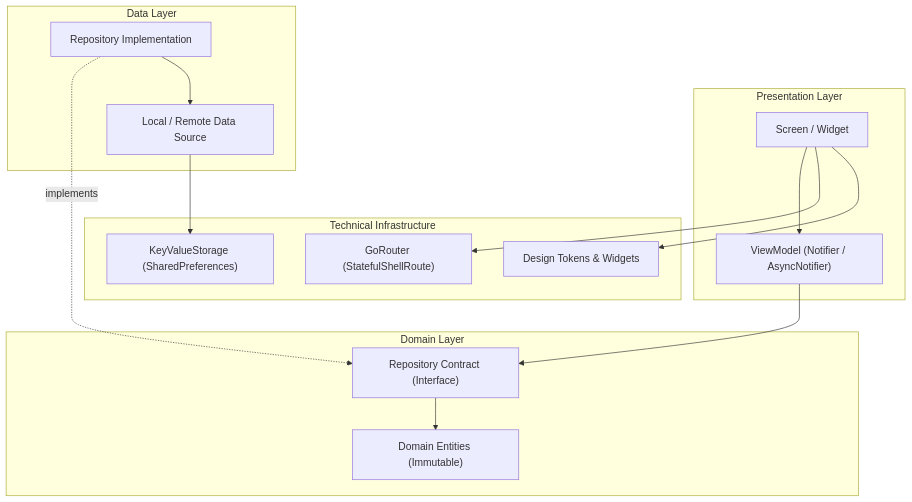
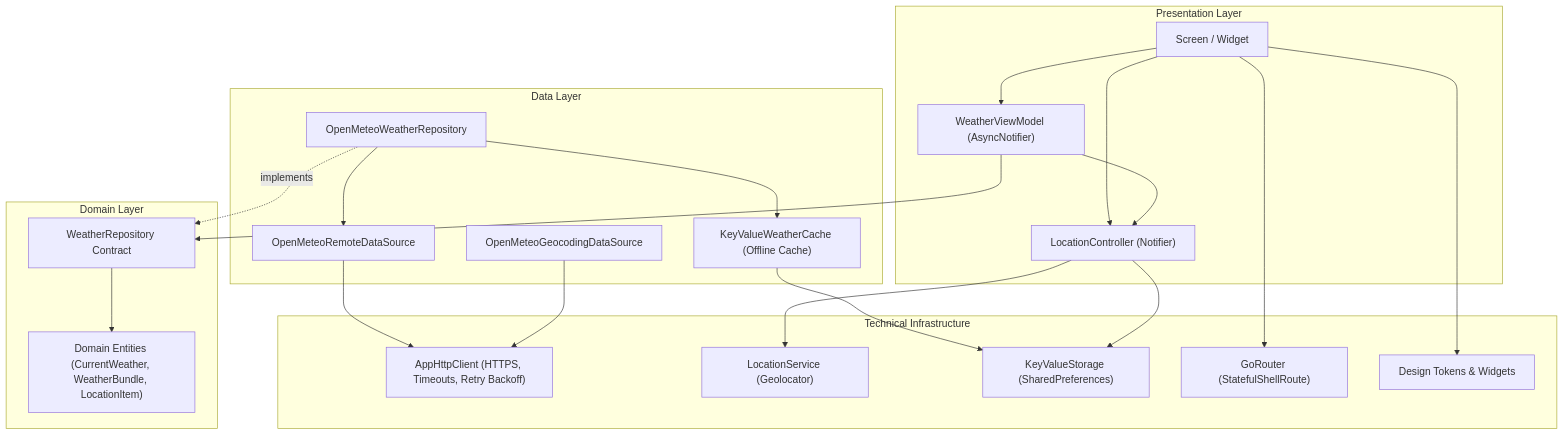
One commit to AhmedELmansy1/taqs changed the diagram in README.md. Above: the diagram before and after it, drawn with Mermaid. The commit also changed other lines of this file and 16 other files, not shown here.

Commit message:
feat(ui): integrate real weather data, location switcher and attribution

````diff
--- a/README.md
+++ b/README.md
@@ -38,32 +41,44 @@
 ```mermaid
 graph TD
     subgraph UI ["Presentation Layer"]
         Screen["Screen / Widget"]
-        VM["ViewModel (Notifier / AsyncNotifier)"]
+        VM["WeatherViewModel (AsyncNotifier)"]
+        LocCtrl["LocationController (Notifier)"]
     end
 
     subgraph Domain ["Domain Layer"]
-        Contract["Repository Contract (Interface)"]
-        Entity["Domain Entities (Immutable)"]
+        Contract["WeatherRepository Contract"]
+        Entity["Domain Entities (CurrentWeather, WeatherBundle, LocationItem)"]
     end
 
     subgraph Data ["Data Layer"]
-        RepoImpl["Repository Implementation"]
-        DataSource["Local / Remote Data Source"]
+        RepoImpl["OpenMeteoWeatherRepository"]
+        Cache["KeyValueWeatherCache (Offline Cache)"]
+        RemoteSource["OpenMeteoRemoteDataSource"]
+        GeoSource["OpenMeteoGeocodingDataSource"]
     end
 
     subgraph Core ["Technical Infrastructure"]
+        HttpClient["AppHttpClient (HTTPS, Timeouts, Retry Backoff)"]
+        LocationSvc["LocationService (Geolocator)"]
         Storage["KeyValueStorage (SharedPreferences)"]
         Router["GoRouter (StatefulShellRoute)"]
         Design["Design Tokens & Widgets"]
     end
 
     Screen --> VM
+    Screen --> LocCtrl
     VM --> Contract
+    VM --> LocCtrl
     Contract --> Entity
     RepoImpl -. implements .-> Contract
-    RepoImpl --> DataSource
-    DataSource --> Storage
+    RepoImpl --> RemoteSource
+    RepoImpl --> Cache
+    RemoteSource --> HttpClient
+    GeoSource --> HttpClient
+    Cache --> Storage
+    LocCtrl --> LocationSvc
+    LocCtrl --> Storage
     Screen --> Router
     Screen --> Design
 ```
````
